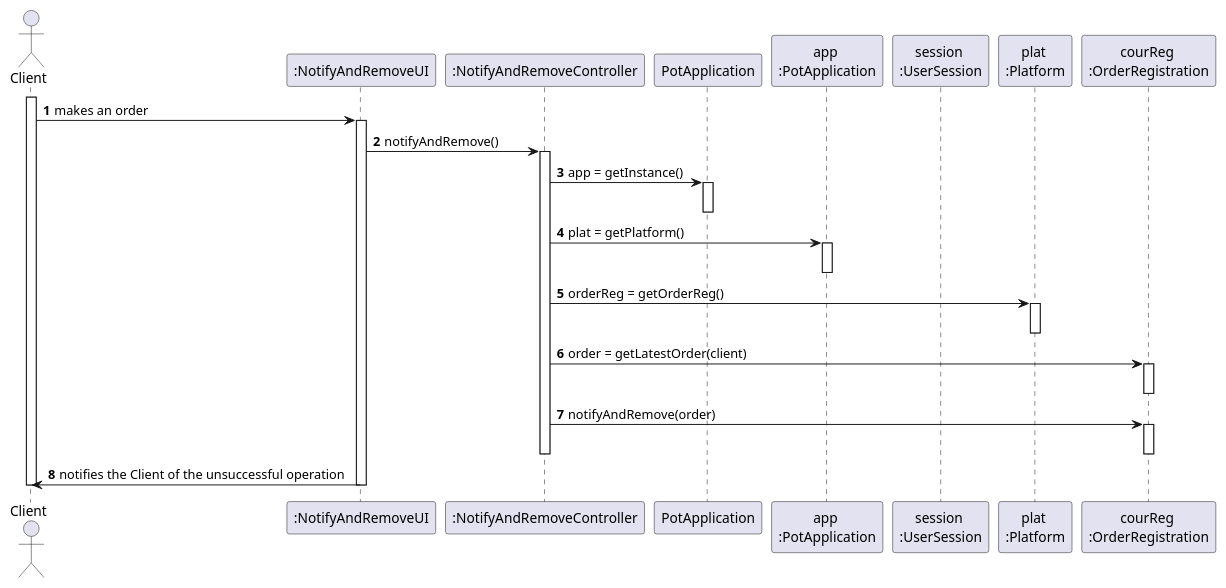
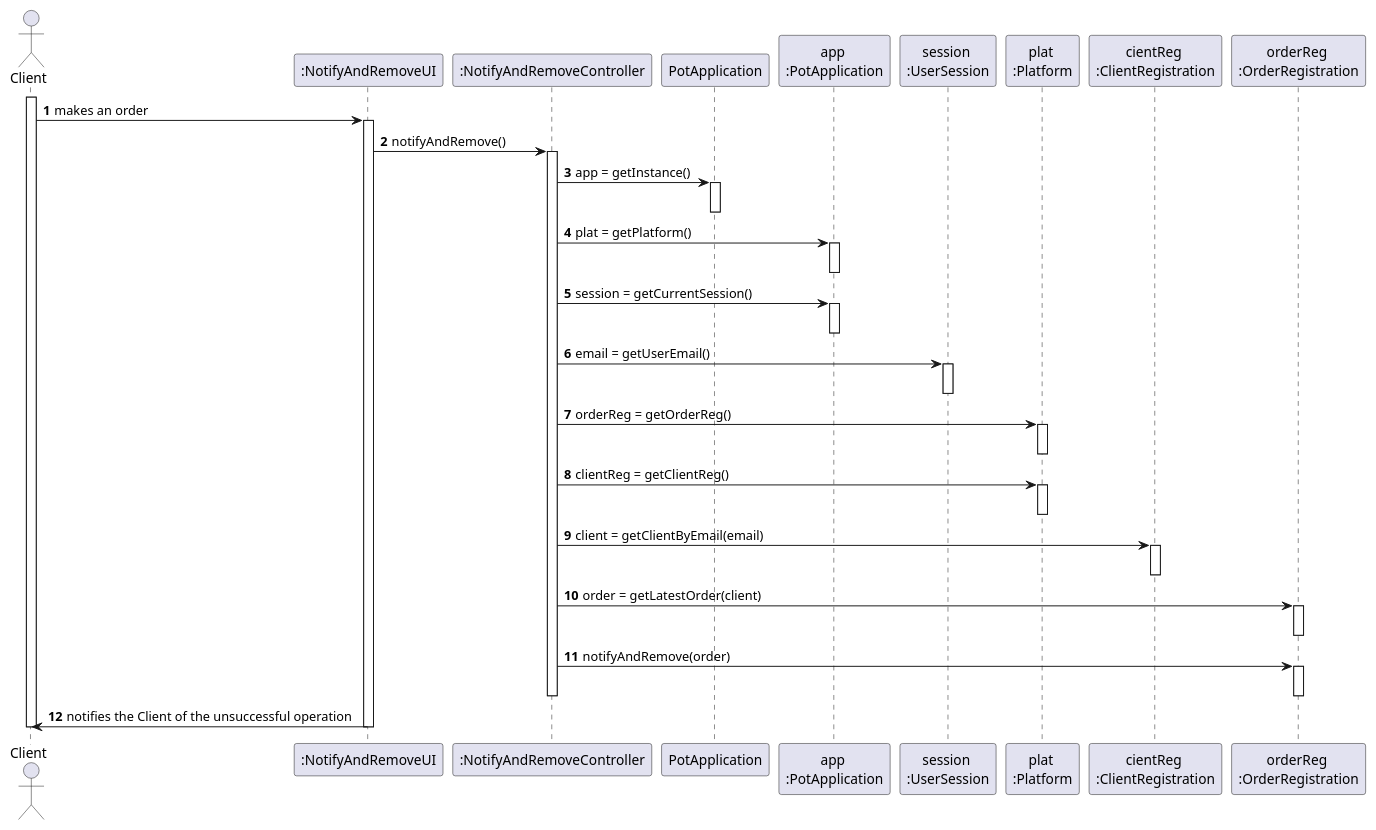
One commit to tiagoavcosta25/LAPR3 changed the diagram in docs/Iteration 1/Make An Order/US149_NotifyAndRemove/US149_SD.puml. Above: the diagram before and after it, drawn with PlantUML. The commit also changed 4 other files, not shown here.

```diff
--- a/docs/Iteration 1/Make An Order/US149_NotifyAndRemove/US149_SD.puml
+++ b/docs/Iteration 1/Make An Order/US149_NotifyAndRemove/US149_SD.puml
@@ -1,43 +1,58 @@
 @startuml
 autonumber
 actor "Client" as Client
 
 participant ":NotifyAndRemoveUI" as UI
 participant ":NotifyAndRemoveController" as CTRL
 participant "PotApplication" as PA
 participant "app \n:PotApplication" as APA
 participant "session \n:UserSession" as US
 participant "plat \n:Platform" as PLAT
-participant "courReg \n:OrderRegistration" as RF
+participant "cientReg \n:ClientRegistration" as CR
+participant "orderReg \n:OrderRegistration" as RF
 
 
 activate Client
 
 Client -> UI : makes an order
 activate UI
 UI -> CTRL : notifyAndRemove()
 activate CTRL
 CTRL -> PA : app = getInstance()
 activate PA
 deactivate PA
 CTRL -> APA : plat = getPlatform()
 activate APA
 deactivate APA
+
+CTRL -> APA: session = getCurrentSession()
+activate APA
+deactivate APA
+
+CTRL -> US: email = getUserEmail()
+activate US
+deactivate US
 CTRL -> PLAT : orderReg = getOrderReg()
 activate PLAT
 deactivate PLAT
+CTRL -> PLAT : clientReg = getClientReg()
+activate PLAT
+deactivate PLAT
+CTRL -> CR : client = getClientByEmail(email)
+activate CR
+deactivate CR
 CTRL -> RF : order = getLatestOrder(client)
 activate RF
 deactivate RF
 CTRL -> RF : notifyAndRemove(order)
 activate RF
 deactivate RF
 deactivate CTRL
 
 
 UI -> Client : notifies the Client of the unsuccessful operation
 deactivate UI
 
 deactivate Client
 
 @enduml
```
